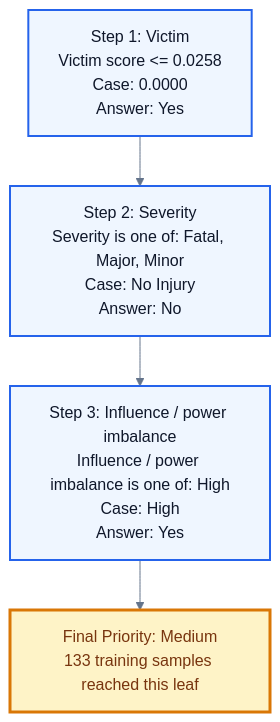
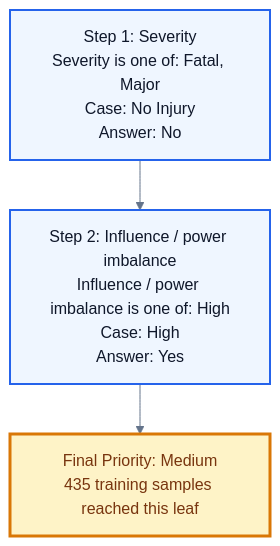
The diagram in case_priority_system/decision_graphs/Cipla_Limited_vs_Union_Of_India_on_1_January_1800_decision_report.md (The-Yesh21/Anavaya-back-end), drawn with Mermaid before and after one commit. The commit also changed other lines of this file and 17 other files, not shown here.

````diff
--- a/case_priority_system/decision_graphs/Cipla_Limited_vs_Union_Of_India_on_1_January_1800_decision_report.md
+++ b/case_priority_system/decision_graphs/Cipla_Limited_vs_Union_Of_India_on_1_January_1800_decision_report.md
@@ -107,13 +107,11 @@
 ```mermaid
 %%{init: {'theme': 'base', 'themeVariables': {'fontFamily': 'Inter, Arial', 'primaryColor': '#F8FAFC', 'primaryTextColor': '#0F172A', 'primaryBorderColor': '#64748B', 'lineColor': '#64748B'}} }%%
 flowchart TD
-  N0["Step 1: Victim<br/>Victim score <= 0.0258<br/>Case: 0.0000<br/>Answer: Yes"]:::decision
-  N1["Step 2: Severity<br/>Severity is one of: Fatal, Major, Minor<br/>Case: No Injury<br/>Answer: No"]:::decision
+  N0["Step 1: Severity<br/>Severity is one of: Fatal, Major<br/>Case: No Injury<br/>Answer: No"]:::decision
+  N1["Step 2: Influence / power imbalance<br/>Influence / power imbalance is one of: High<br/>Case: High<br/>Answer: Yes"]:::decision
   N0 --> N1
-  N2["Step 3: Influence / power imbalance<br/>Influence / power imbalance is one of: High<br/>Case: High<br/>Answer: Yes"]:::decision
+  N2["Final Priority: Medium<br/>435 training samples reached this leaf"]:::leaf
   N1 --> N2
-  N3["Final Priority: Medium<br/>133 training samples reached this leaf"]:::leaf
-  N2 --> N3
   classDef decision fill:#EFF6FF,stroke:#2563EB,stroke-width:2px,color:#0F172A;
   classDef leaf fill:#FEF3C7,stroke:#D97706,stroke-width:3px,color:#78350F;
 ```
````
